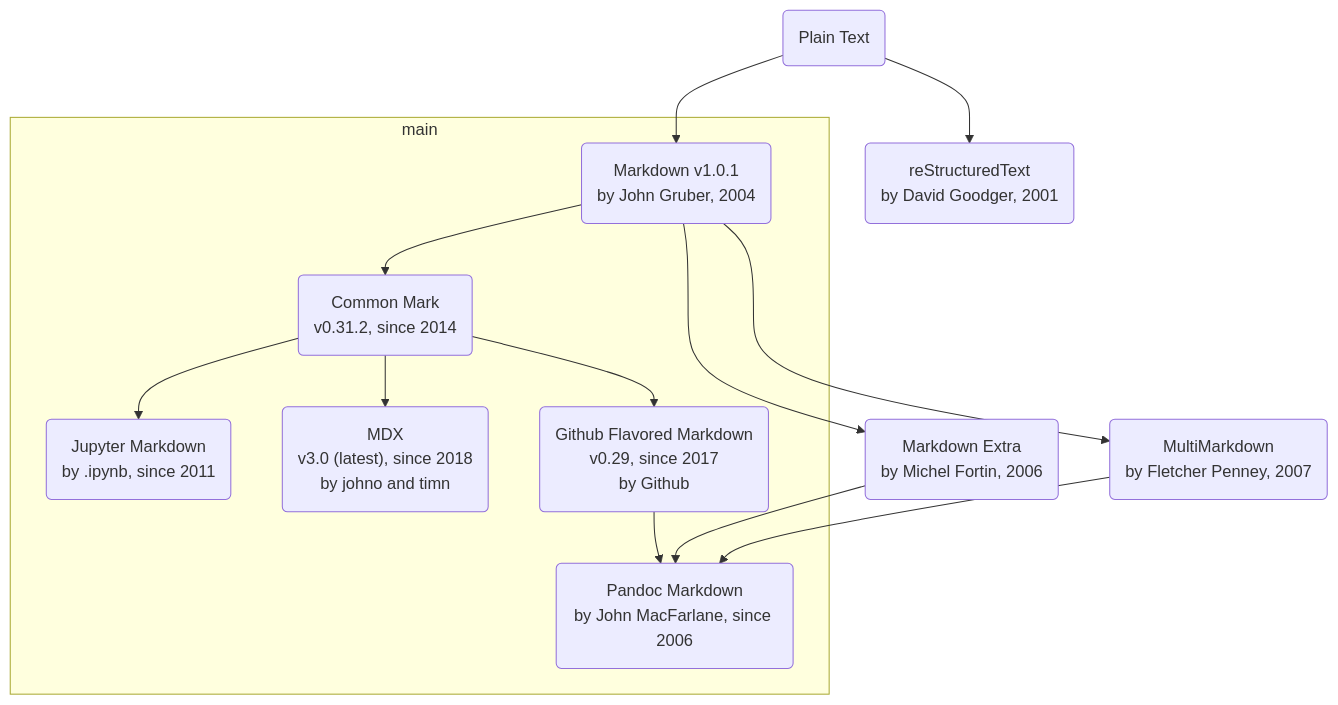
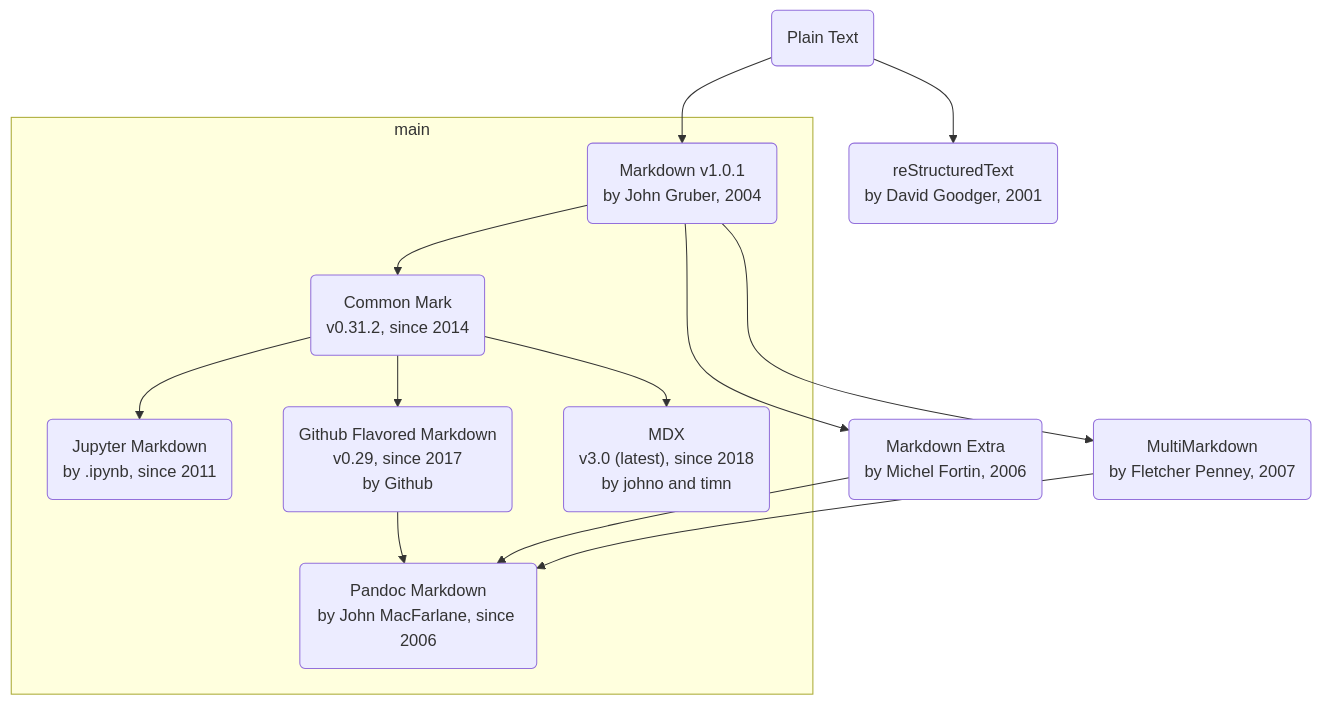
Before and after one commit to nemossi/iknow.public: the diagram in .blog/src/content/posts/dev/doc/markdown.md, drawn with Mermaid. The commit also changed other lines of this file and 15 other files, not shown here.

````diff
--- a/.blog/src/content/posts/dev/doc/markdown.md
+++ b/.blog/src/content/posts/dev/doc/markdown.md
@@ -29,35 +29,35 @@
 ``` mermaid
 flowchart TD
+
+txt("Plain Text")
+rest("reStructuredText<br/>by David Goodger, 2001")
+md101("Markdown v1.0.1<br/>by John Gruber, 2004")
+mdex("Markdown Extra<br/>by Michel Fortin, 2006")
+mmd("MultiMarkdown<br/>by Fletcher Penney, 2007")
+cmark("Common Mark<br/>v0.31.2, since 2014")
+ipynb("Jupyter Markdown<br/>by .ipynb, since 2011")
+gfm("Github Flavored Markdown<br/>v0.29, since 2017<br/>by Github")
+mdx("MDX<br/>v3.0 (latest), since 2018<br/>by johno and timn")
+panmd("Pandoc Markdown<br/>by John MacFarlane, since 2006")
 
 txt --> rest
 txt --> md101
 md101 --> cmark
 cmark --> ipynb
 cmark --> mdx
 cmark --> gfm
 md101 --> mdex
 md101 --> mmd
 gfm --> panmd
 mdex --> panmd
 mmd --> panmd
 
 subgraph "main"
   md101
   cmark
   gfm
   panmd
   ipynb
   mdx
 end
-
-txt("Plain Text")
-rest("reStructuredText\nby David Goodger, 2001")
-md101("Markdown v1.0.1\nby John Gruber, 2004")
-mdex("Markdown Extra\nby Michel Fortin, 2006")
-mmd("MultiMarkdown\nby Fletcher Penney, 2007")
-cmark("Common Mark\nv0.31.2, since 2014")
-ipynb("Jupyter Markdown\nby .ipynb, since 2011")
-gfm("Github Flavored Markdown\nv0.29, since 2017\nby Github")
-mdx("MDX\nv3.0 (latest), since 2018\nby johno and timn")
-panmd("Pandoc Markdown\nby John MacFarlane, since 2006")
 ```
````
